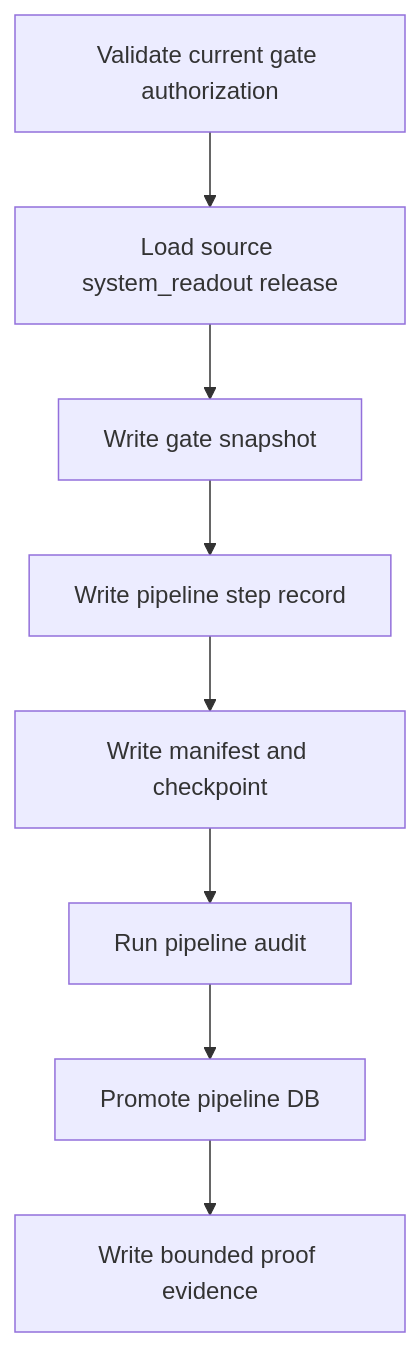
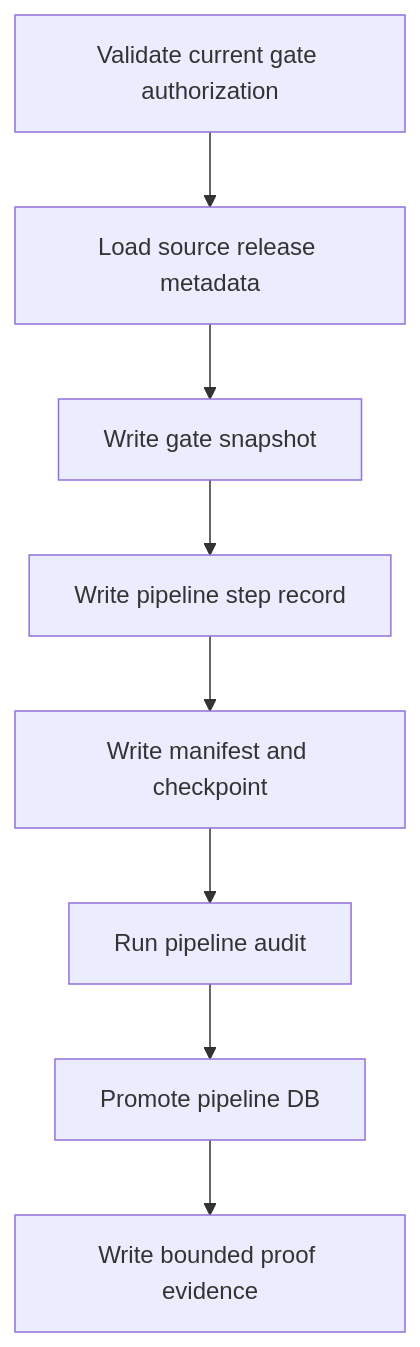
Before and after one commit to everything-is-simple/Asteria: the diagram in docs/02-modules/pipeline/03-runner-contract-v1.md, drawn with Mermaid. The commit also changed other lines of this file and 36 other files, not shown here.

````diff
--- a/docs/02-modules/pipeline/03-runner-contract-v1.md
+++ b/docs/02-modules/pipeline/03-runner-contract-v1.md
@@ -30,10 +31,10 @@
 ```mermaid
 flowchart TD
-    A[Validate current gate authorization] --> B[Load source system_readout release]
+    A[Validate current gate authorization] --> B[Load source release metadata]
     B --> C[Write gate snapshot]
     C --> D[Write pipeline step record]
     D --> E[Write manifest and checkpoint]
     E --> F[Run pipeline audit]
     F --> G[Promote pipeline DB]
     G --> H[Write bounded proof evidence]
 ```
````
